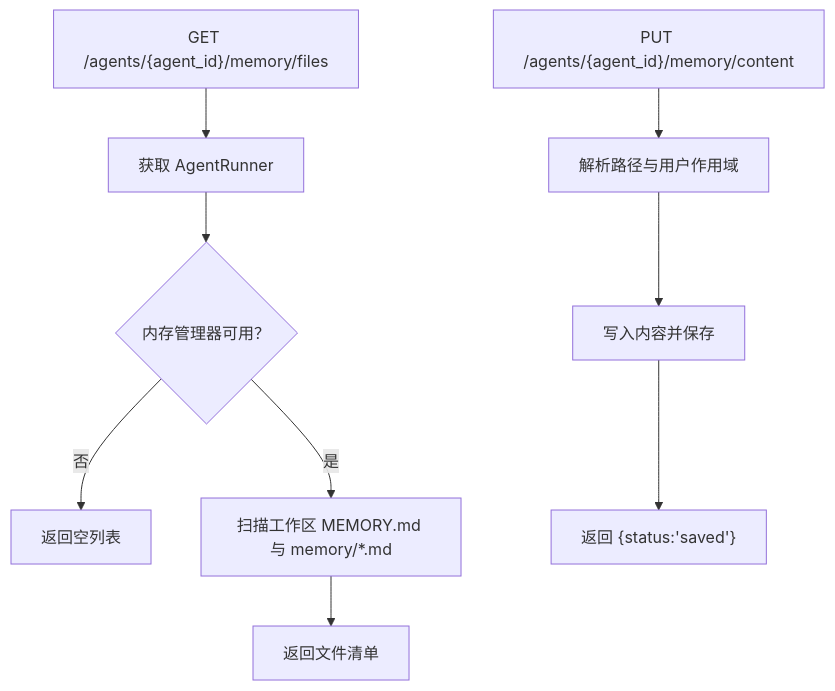
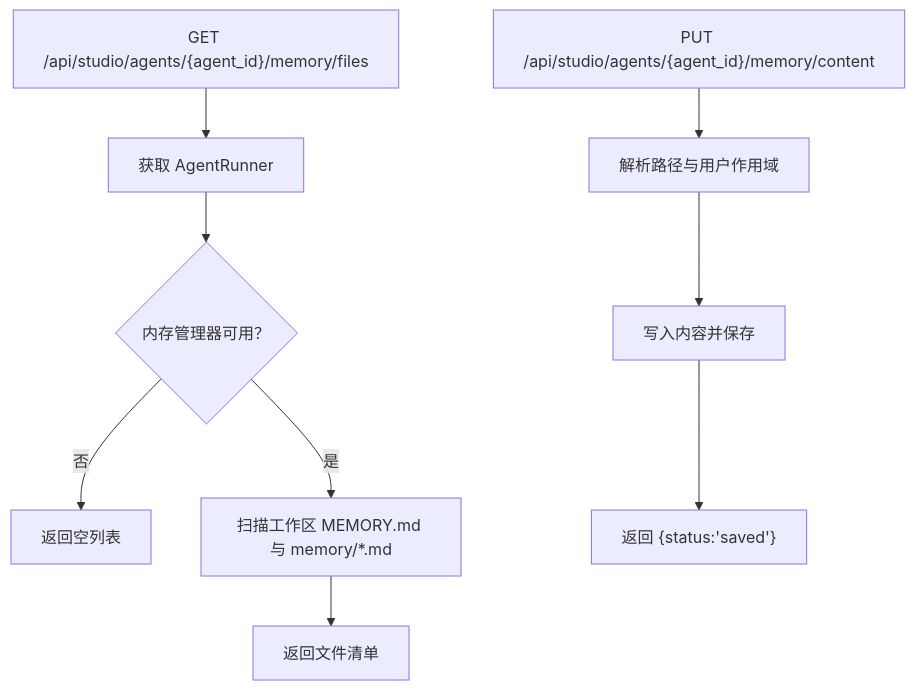
One commit to YU-JI-KUI/ark-agentic changed the fifth of 15 diagrams in repowiki/zh/content/API 接口文档/API 接口文档.md. Above: the diagram before and after it, drawn with Mermaid. The commit also changed other lines of this file and 116 other files, not shown here.

Commit message:
Refactor README structure and content for clarity; remove outdated CLI and utilities documentation. Introduce new API Reference and CLI Tooling documents to enhance user guidance and project organization.

````diff
--- a/repowiki/zh/content/API 接口文档/API 接口文档.md
+++ b/repowiki/zh/content/API 接口文档/API 接口文档.md
@@ -265,11 +279,11 @@
 ```mermaid
 flowchart TD
-A["GET /agents/{agent_id}/memory/files"] --> B["获取 AgentRunner"]
+A["GET /api/studio/agents/{agent_id}/memory/files"] --> B["获取 AgentRunner"]
 B --> C{"内存管理器可用？"}
 C --> |否| D["返回空列表"]
 C --> |是| E["扫描工作区 MEMORY.md 与 memory/*.md"]
 E --> F["返回文件清单"]
-G["PUT /agents/{agent_id}/memory/content"] --> H["解析路径与用户作用域"]
+G["PUT /api/studio/agents/{agent_id}/memory/content"] --> H["解析路径与用户作用域"]
 H --> I["写入内容并保存"]
 I --> J["返回 {status:'saved'}"]
 ```
````
